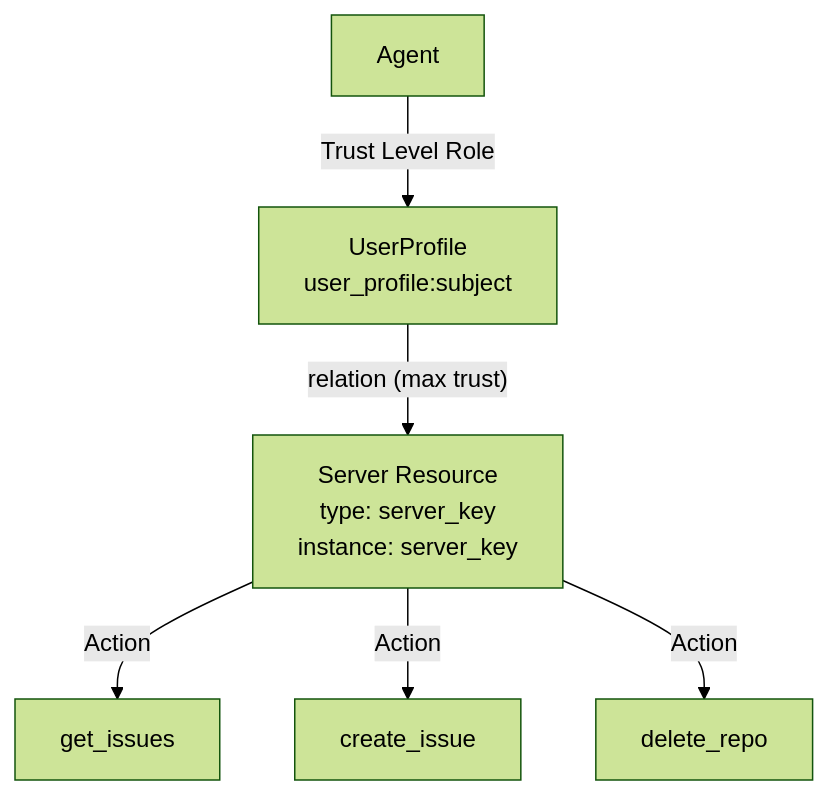
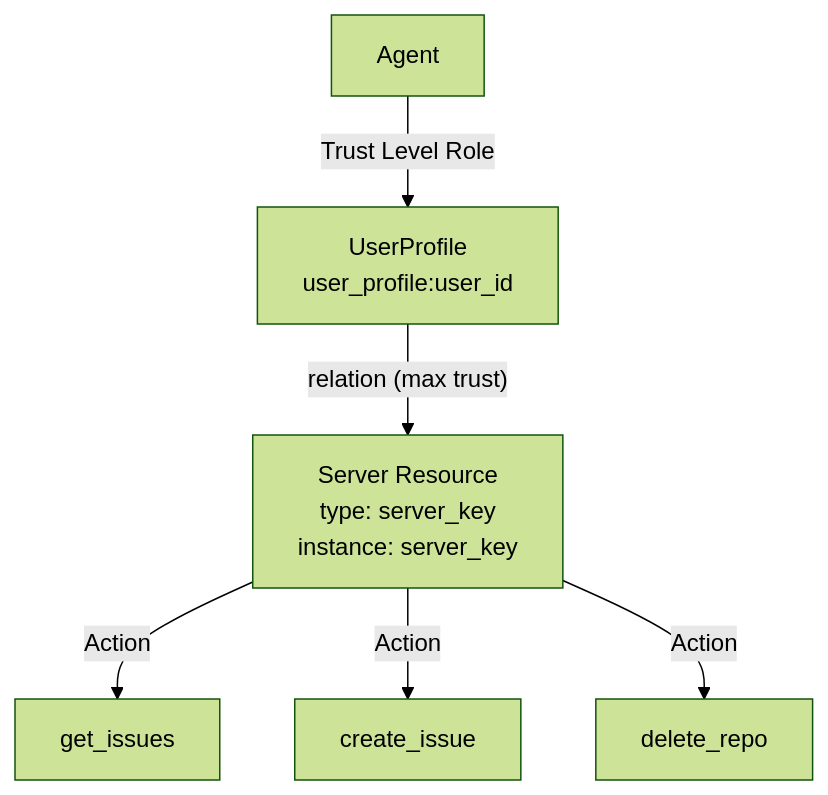
The second of 4 diagrams in docs/ai-security/mcp-permissions/architecture.mdx (permitio/docs), drawn with Mermaid (forest theme) before and after one commit. The commit also changed other lines of this file, not shown here.

First line of the commit message:
Fix broken link, user_profile key format, and JWT issuance   description in architecture.mdx

````diff
--- a/docs/ai-security/mcp-permissions/architecture.mdx
+++ b/docs/ai-security/mcp-permissions/architecture.mdx
@@ -126,8 +126,8 @@
 ```mermaid
 graph TD
-    A[Agent] --Trust Level Role--> UP[UserProfile<br/>user_profile:subject]
+    A[Agent] --Trust Level Role--> UP[UserProfile<br/>user_profile:user_id]
     UP --"relation (max trust)"--> S[Server Resource<br/>type: server_key<br/>instance: server_key]
     S --Action--> F1[get_issues]
     S --Action--> F2[create_issue]
     S --Action--> F3[delete_repo]
 ```
````
